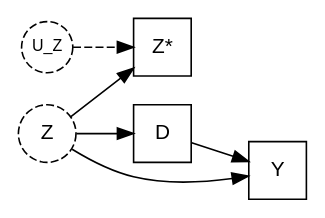
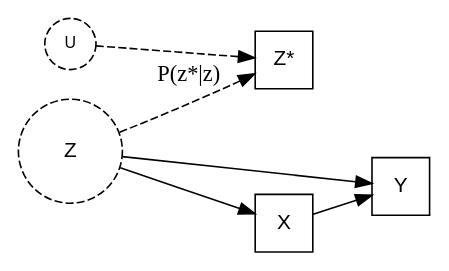
Before and after one commit to LondonMae/measurement-error-tutorial: the second of 3 diagrams in index.qmd, drawn with Graphviz. The commit also changed other lines of this file, not shown here.

````diff
--- a/index.qmd
+++ b/index.qmd
@@ -410,19 +409,19 @@
 ```{dot}
-//| label: fig-dag-conditioning-me
-//| fig-cap: "ME in a conditioning variable. Z is the true (unobserved) confounder; Z* is the observed proxy. Conditioning on Z* instead of Z leaves the backdoor path D ← Z → Y partially open."
+//| label: fig-dag-conditioning
+//| fig-cap: "ME in the conditioning variable: controlling for Z* instead of Z leaves the backdoor path X ← Z → Y partially open."
 //| fig-height: 2.2
 digraph {
   rankdir=LR
   node [fontname="Helvetica" fontsize=13]
-  Z     [shape=circle style=dashed]
-  Zstar [shape=square  label="Z*"]
-  UZ    [shape=circle  style=dashed label="U_Z" width=0.45 height=0.45 fixedsize=true fontsize=10]
-  D     [shape=square]
-  Y     [shape=square]
-  Z -> D
-  Z -> Y
-  Z -> Zstar
-  UZ -> Zstar [style=dashed]
-  D -> Y
+  Z   [shape=circle style=dashed label="Z", width=0.9 height=0.9]
+  Zs  [shape=square  label="Z*"]
+  U [shape=circle  style=dashed,  width=0.45 height=0.45 fixedsize=true fontsize=10]
+  X   [shape=square  label="X"]
+  Y   [shape=square  label="Y"]
+  Z  -> X
+  Z  -> Y
+  Z  -> Zs  [style=dashed label="P(z*|z)"]
+  U -> Zs [style=dashed]
+  X  -> Y
 }
 ```
````
